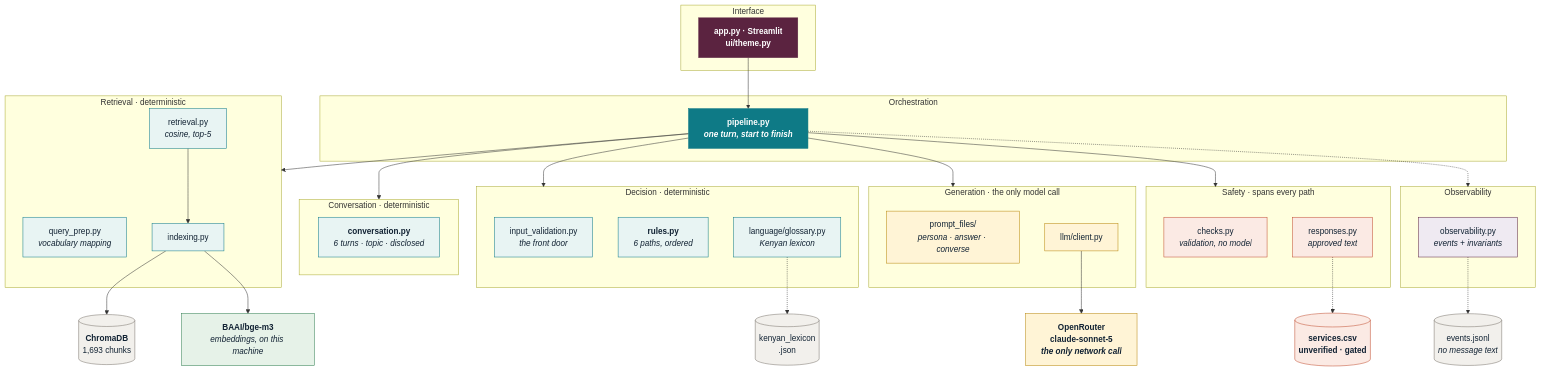
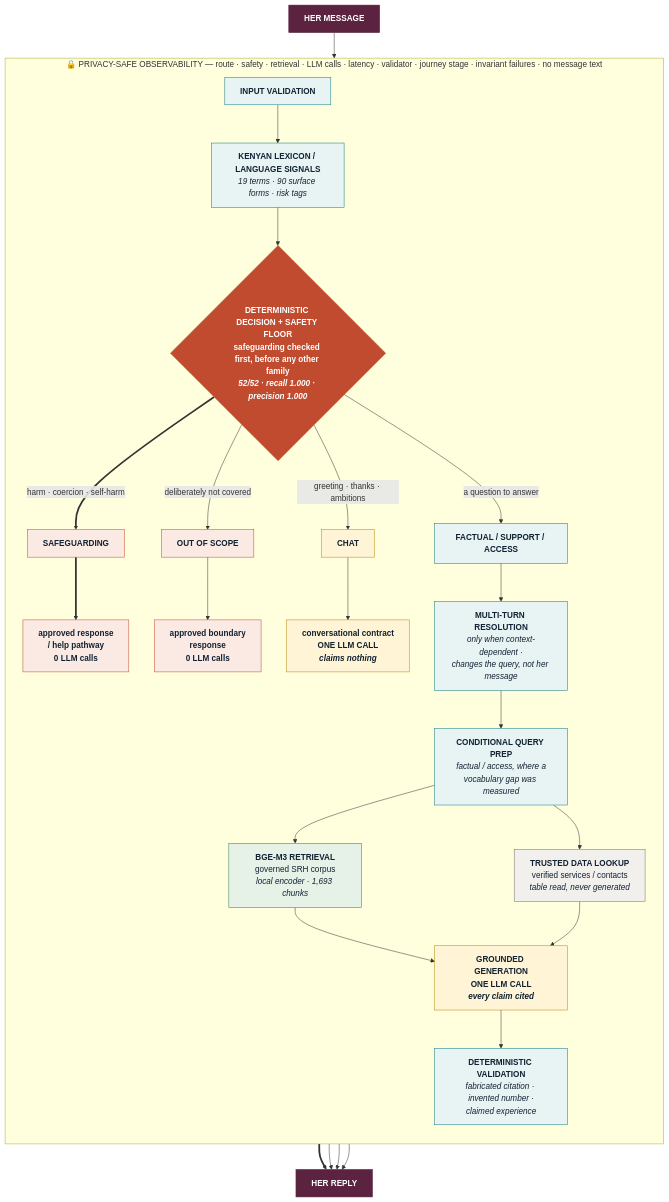
One commit to George-techie/girl-effect-srh-rag changed the first of 3 diagrams in README.md. Above: the diagram before and after it, drawn with Mermaid. The commit also changed other lines of this file and 2 other files, not shown here.

First paragraph of the commit message:
Architecture: the product, not the processing sequence
The linear 'decide -> resolve -> prepare -> retrieve -> generate -> check'
shorthand implied every message passes through all six stages, which is
explicitly not true, and the branching IS the architecture.

````diff
--- a/README.md
+++ b/README.md
@@ -12,74 +12,63 @@
 ```mermaid
-flowchart TB
-    subgraph UI["Interface"]
-        APP["<b>app.py</b> · Streamlit<br/>ui/theme.py"]:::iface
+flowchart TD
+    USER["<b>HER MESSAGE</b>"]:::her
+
+    subgraph OBS["🔒 PRIVACY-SAFE OBSERVABILITY — route · safety · retrieval · LLM calls · latency · validator · journey stage · invariant failures · no message text"]
+    direction TB
+
+        VAL["<b>INPUT VALIDATION</b>"]:::det
+        LEXS["<b>KENYAN LEXICON / LANGUAGE SIGNALS</b><br/><i>19 terms · 90 surface forms · risk tags</i>"]:::det
+
+        DEC{"<b>DETERMINISTIC DECISION + SAFETY FLOOR</b><br/>safeguarding checked first, before any other family<br/><i>52/52 · recall 1.000 · precision 1.000</i>"}:::gate
+
+        SG["<b>SAFEGUARDING</b>"]:::stop
+        OOS["<b>OUT OF SCOPE</b>"]:::stop
+        CHAT["<b>CHAT</b>"]:::model
+        GRD["<b>FACTUAL / SUPPORT / ACCESS</b>"]:::det
+
+        SGR["approved response<br/>/ help pathway<br/><b>0 LLM calls</b>"]:::stop
+        OOSR["approved boundary<br/>response<br/><b>0 LLM calls</b>"]:::stop
+        CHATR["conversational contract<br/><b>ONE LLM CALL</b><br/><i>claims nothing</i>"]:::model
+
+        MT["<b>MULTI-TURN RESOLUTION</b><br/><i>only when context-dependent ·<br/>changes the query, not her message</i>"]:::det
+        QP["<b>CONDITIONAL QUERY PREP</b><br/><i>factual / access, where a<br/>vocabulary gap was measured</i>"]:::det
+
+        BGE["<b>BGE-M3 RETRIEVAL</b><br/>governed SRH corpus<br/><i>local encoder · 1,693 chunks</i>"]:::local
+        TDL["<b>TRUSTED DATA LOOKUP</b><br/>verified services / contacts<br/><i>table read, never generated</i>"]:::gated
+
+        GEN["<b>GROUNDED GENERATION</b><br/><b>ONE LLM CALL</b><br/><i>every claim cited</i>"]:::model
+        DV["<b>DETERMINISTIC VALIDATION</b><br/><i>fabricated citation · invented number ·<br/>claimed experience</i>"]:::det
     end
 
-    subgraph ORCH["Orchestration"]
-        PIPE["<b>pipeline.py</b><br/><i>one turn, start to finish</i>"]:::orch
-    end
+    OUT["<b>HER REPLY</b>"]:::her
 
-    subgraph DEC["Decision · deterministic"]
-        IV["input_validation.py<br/><i>the front door</i>"]:::free
-        RU["<b>rules.py</b><br/><i>6 paths, ordered</i>"]:::free
-        GL["language/glossary.py<br/><i>Kenyan lexicon</i>"]:::free
-    end
+    USER --> VAL --> LEXS --> DEC
 
-    subgraph CST["Conversation · deterministic"]
-        CV["<b>conversation.py</b><br/><i>6 turns · topic · disclosed</i>"]:::free
-    end
+    DEC ==>|"harm · coercion · self-harm"| SG
+    DEC -->|"deliberately not covered"| OOS
+    DEC -->|"greeting · thanks · ambitions"| CHAT
+    DEC -->|"a question to answer"| GRD
 
-    subgraph RAGL["Retrieval · deterministic"]
-        QP["query_prep.py<br/><i>vocabulary mapping</i>"]:::free
-        RT["retrieval.py<br/><i>cosine, top-5</i>"]:::free
-        IX["indexing.py"]:::free
-    end
+    SG ==> SGR
+    OOS --> OOSR
+    CHAT --> CHATR
+    GRD --> MT --> QP
+    QP --> BGE
+    QP --> TDL
+    BGE --> GEN
+    TDL --> GEN
+    GEN --> DV
 
-    subgraph GENL["Generation · the only model call"]
-        PR["prompt_files/<br/><i>persona · answer · converse</i>"]:::model
-        LC["llm/client.py"]:::model
-    end
+    SGR ==> OUT
+    OOSR --> OUT
+    CHATR --> OUT
+    DV --> OUT
 
-    subgraph SAF["Safety · spans every path"]
-        CK["checks.py<br/><i>validation, no model</i>"]:::approved
-        RS["responses.py<br/><i>approved text</i>"]:::approved
-    end
-
-    subgraph OBSL["Observability"]
-        OB["observability.py<br/><i>events + invariants</i>"]:::obs
-    end
-
-    CHR[("<b>ChromaDB</b><br/>1,693 chunks")]:::store
-    LEX[("kenyan_lexicon<br/>.json")]:::store
-    SVC[("services.csv<br/><b>unverified · gated</b>")]:::gated
-    EVT[("events.jsonl<br/><i>no message text</i>")]:::store
-
-    BGE["<b>BAAI/bge-m3</b><br/><i>embeddings, on this machine</i>"]:::local
-    OR["<b>OpenRouter</b><br/>claude-sonnet-5<br/><i>the only network call</i>"]:::ext
-
-    APP --> PIPE
-    PIPE --> DEC
-    PIPE --> CST
-    PIPE --> RAGL
-    PIPE --> GENL
-    PIPE --> SAF
-    PIPE -.-> OBSL
-
-    GL -.-> LEX
-    RT --> IX --> CHR
-    IX --> BGE
-    LC --> OR
-    RS -.-> SVC
-    OB -.-> EVT
-
-    classDef iface fill:#5B2340,stroke:#5B2340,color:#fff,font-weight:bold
-    classDef orch fill:#0E7A86,stroke:#0E7A86,color:#fff,font-weight:bold
-    classDef free fill:#E8F4F3,stroke:#0E7A86,color:#123
-    classDef model fill:#FFF4D6,stroke:#B8860B,color:#123
-    classDef approved fill:#FBEAE4,stroke:#C04B2F,color:#123
-    classDef obs fill:#EFEAF2,stroke:#5B2340,color:#123
-    classDef store fill:#F2F0EC,stroke:#7A736B,color:#123
-    classDef gated fill:#FBEAE4,stroke:#C04B2F,color:#123,font-weight:bold
+    classDef her fill:#5B2340,stroke:#5B2340,color:#fff,font-weight:bold
+    classDef det fill:#E8F4F3,stroke:#0E7A86,color:#123
+    classDef gate fill:#C04B2F,stroke:#C04B2F,color:#fff,font-weight:bold
+    classDef stop fill:#FBEAE4,stroke:#C04B2F,color:#123,font-weight:bold
+    classDef model fill:#FFF4D6,stroke:#B8860B,color:#123,font-weight:bold
     classDef local fill:#E6F2E8,stroke:#2E7D4F,color:#123
-    classDef ext fill:#FFF4D6,stroke:#B8860B,color:#123,font-weight:bold
+    classDef gated fill:#F2F0EC,stroke:#7A736B,color:#123
 ```
````
